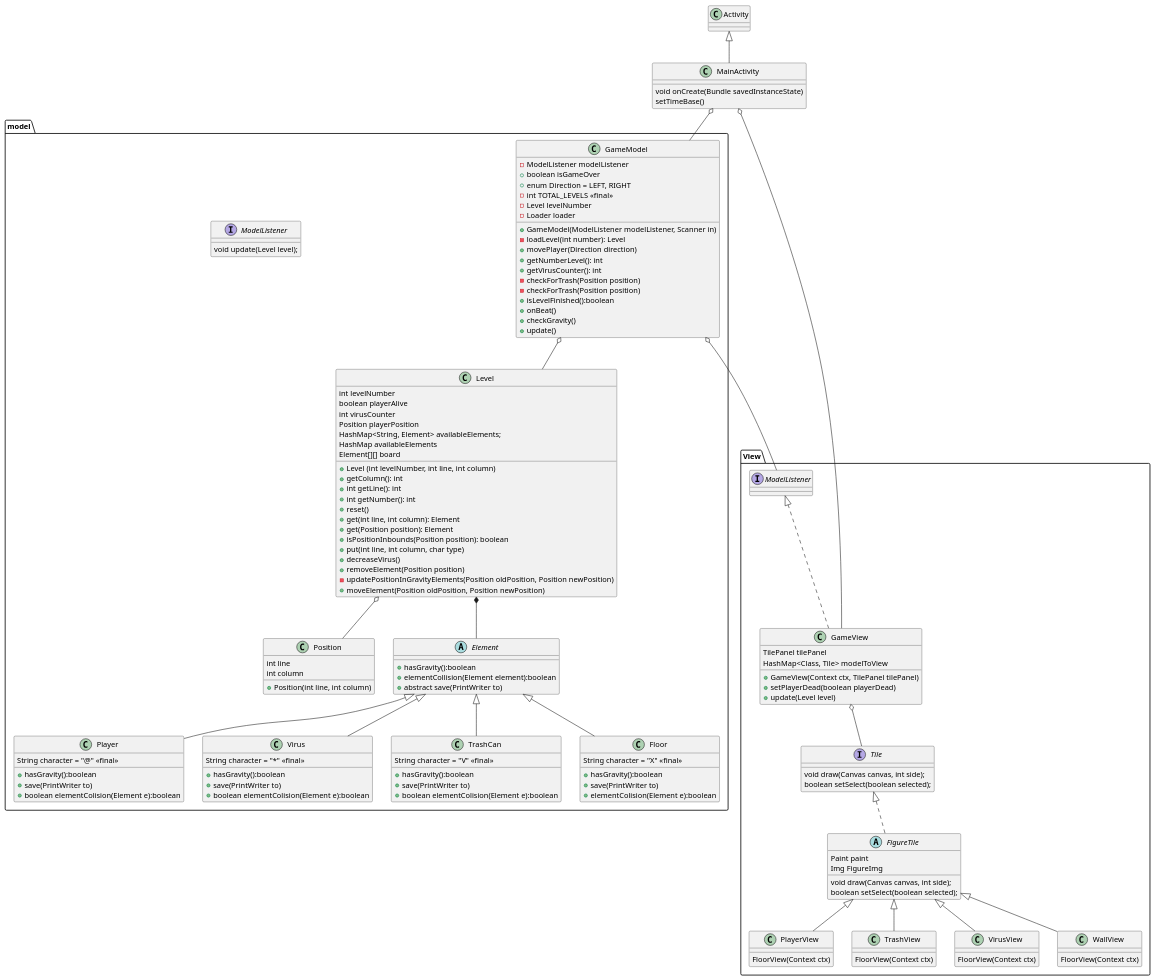
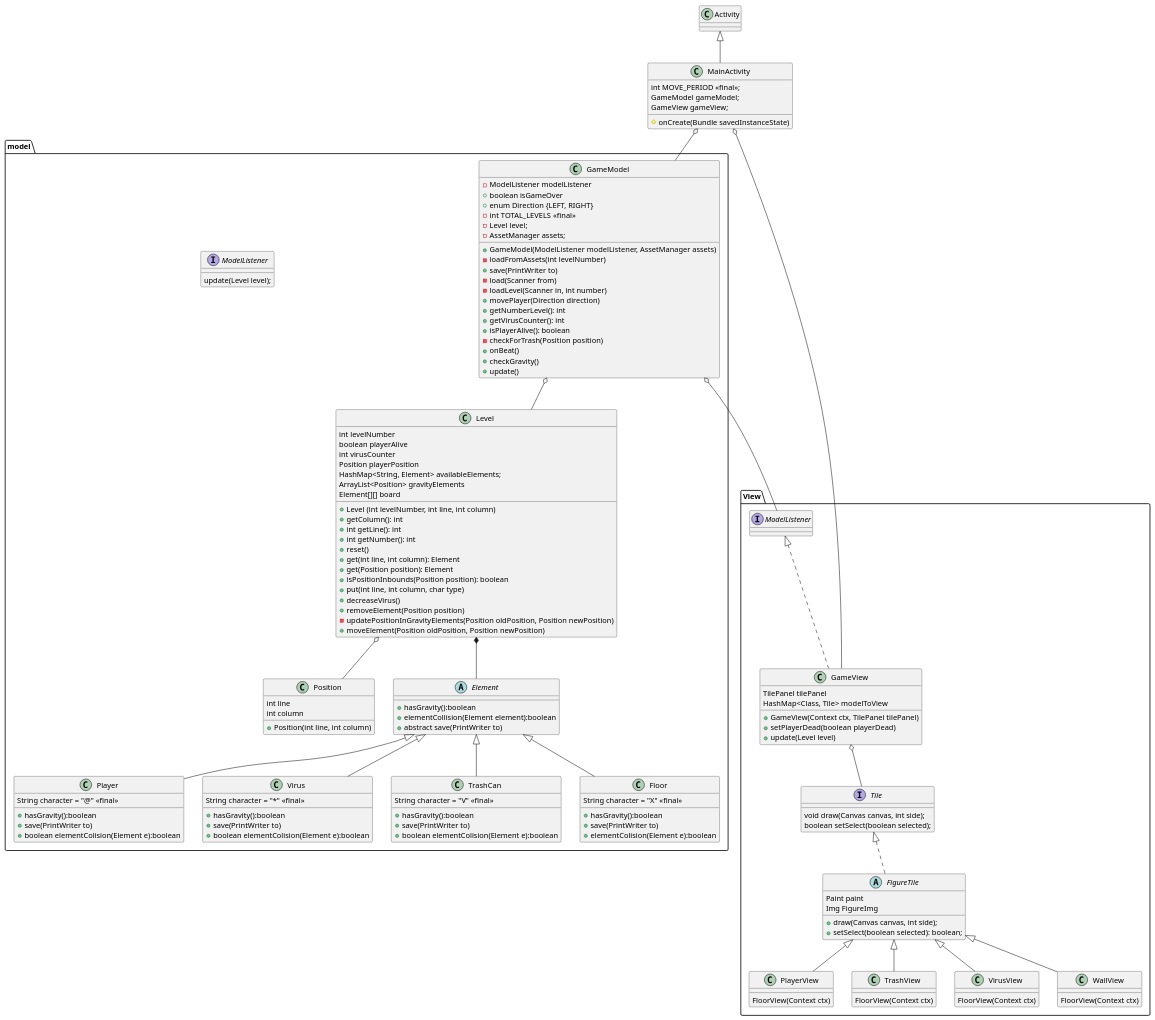
Before and after one commit to Celthund/OOP-Serie3: the diagram in covid.puml, drawn with PlantUML.

Commit message:
adjust UML

```diff
--- a/covid.puml
+++ b/covid.puml
@@ -1,139 +1,144 @@
 @startuml
 
 
 
 class MainActivity extends Activity{
-    void onCreate(Bundle savedInstanceState)
-    setTimeBase()
+    int MOVE_PERIOD «final»;
+    GameModel gameModel;
+    GameView gameView;
+    #onCreate(Bundle savedInstanceState)
 }
 
 package View {
     MainActivity o-- GameView
     GameView o-- Tile
     interface Tile {
         void draw(Canvas canvas, int side);
         boolean setSelect(boolean selected);
     }
     abstract class FigureTile implements Tile {
         Paint paint
         Img FigureImg
-        void draw(Canvas canvas, int side);
-        boolean setSelect(boolean selected);
+        +draw(Canvas canvas, int side);
+        +setSelect(boolean selected): boolean;
     }
     class GameView implements ModelListener {
         TilePanel tilePanel
         HashMap<Class, Tile> modelToView
         +GameView(Context ctx, TilePanel tilePanel)
         +setPlayerDead(boolean playerDead)
         +update(Level level)
     }
     class PlayerView extends FigureTile{
     FloorView(Context ctx)
     }
     class TrashView extends FigureTile{
      FloorView(Context ctx)
     }
     class VirusView extends FigureTile{
     FloorView(Context ctx)
     }
     class WallView extends FigureTile{
     FloorView(Context ctx)
     }
 }
 
 package model {
 
     MainActivity o-- GameModel
     GameModel o-- Level
     GameModel o-- ModelListener
     Level o-- Position
     Level *-- Element
 
     interface ModelListener {
-        void update(Level level);
+        update(Level level);
     }
 
     class Position {
         int line
         int column
         +Position(int line, int column)
     }
 
     class GameModel {
-        -ModelListener modelListener
-        +boolean isGameOver
-        +enum Direction = LEFT, RIGHT
-        -int TOTAL_LEVELS «final»
-        -Level levelNumber
-        -Loader loader
-        +GameModel(ModelListener modelListener, Scanner in)
-        -loadLevel(int number): Level
+       -ModelListener modelListener
+       +boolean isGameOver
+       +enum Direction {LEFT, RIGHT}
+       -int TOTAL_LEVELS «final»
+       -Level level;
+       -AssetManager assets;
+
+        +GameModel(ModelListener modelListener, AssetManager assets)
+        -loadFromAssets(int levelNumber)
+        +save(PrintWriter to)
+        -load(Scanner from)
+        -loadLevel(Scanner in, int number)
         +movePlayer(Direction direction)
         +getNumberLevel(): int
         +getVirusCounter(): int
+        +isPlayerAlive(): boolean
         -checkForTrash(Position position)
-        -checkForTrash(Position position)
-        +isLevelFinished():boolean
         +onBeat()
         +checkGravity()
         +update()
     }
 
     class Level {
         int levelNumber
         boolean playerAlive
         int virusCounter
         Position playerPosition
         HashMap<String, Element> availableElements;
-        HashMap availableElements
+        ArrayList<Position> gravityElements
         Element[][] board
         +Level (int levelNumber, int line, int column)
         +getColumn(): int
         +int getLine(): int
         +int getNumber(): int
         +reset()
         +get(int line, int column): Element
         +get(Position position): Element
         +isPositionInbounds(Position position): boolean
         +put(int line, int column, char type)
         +decreaseVirus()
         +removeElement(Position position)
         -updatePositionInGravityElements(Position oldPosition, Position newPosition)
         +moveElement(Position oldPosition, Position newPosition)
     }
 
     abstract class Element {
         +hasGravity():boolean
         +elementCollision(Element element):boolean
         +abstract save(PrintWriter to)
     }
 
     class Player extends Element{
         String character = "@" «final»
         +hasGravity():boolean
         +save(PrintWriter to)
         +boolean elementColision(Element e):boolean
     }
 
     class Virus extends Element {
         String character = "*" «final»
         +hasGravity():boolean
         +save(PrintWriter to)
         +boolean elementColision(Element e):boolean
     }
 
     class TrashCan extends Element {
         String character = "V" «final»
         +hasGravity():boolean
         +save(PrintWriter to)
         +boolean elementColision(Element e):boolean
     }
 
     class Floor extends Element {
         String character = "X" «final»
         +hasGravity():boolean
         +save(PrintWriter to)
         +elementColision(Element e):boolean
     }
 }
 @enduml
```
